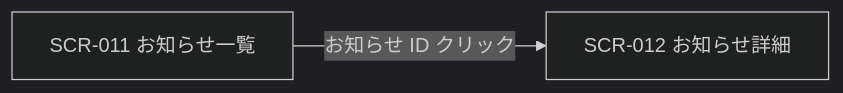
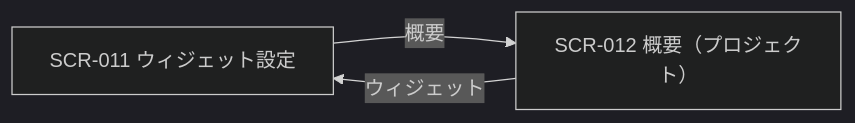
The diagram in 02_basic_design/01_screens/SCR-011.md (sikakou54/open-faq), drawn with Mermaid (dark theme) before and after one commit. The commit also changed other lines of this file and 617 other files, not shown here.

````diff
--- a/02_basic_design/01_screens/SCR-011.md
+++ b/02_basic_design/01_screens/SCR-011.md
@@ -36,6 +37,7 @@
 ```mermaid
 flowchart LR
-  S1["SCR-011 お知らせ一覧"]
-  S2["SCR-012 お知らせ詳細"]
-  S1 -->|お知らせ ID クリック| S2
+  S7["SCR-011 ウィジェット設定"]
+  S8["SCR-012 概要（プロジェクト）"]
+  S8 -->|ウィジェット| S7
+  S7 -->|概要| S8
 ```
````
